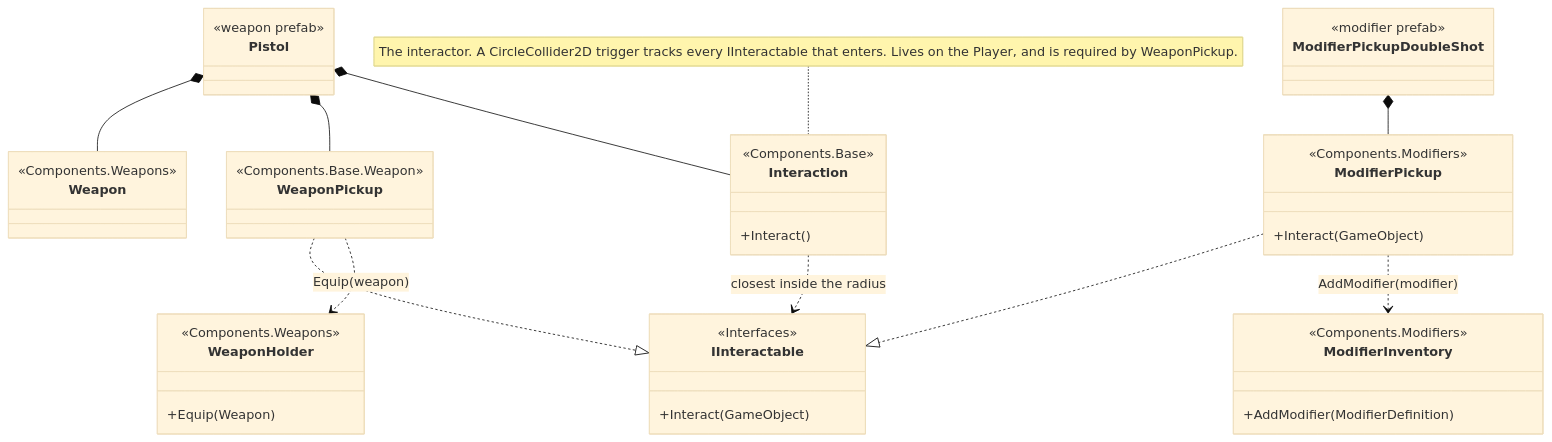
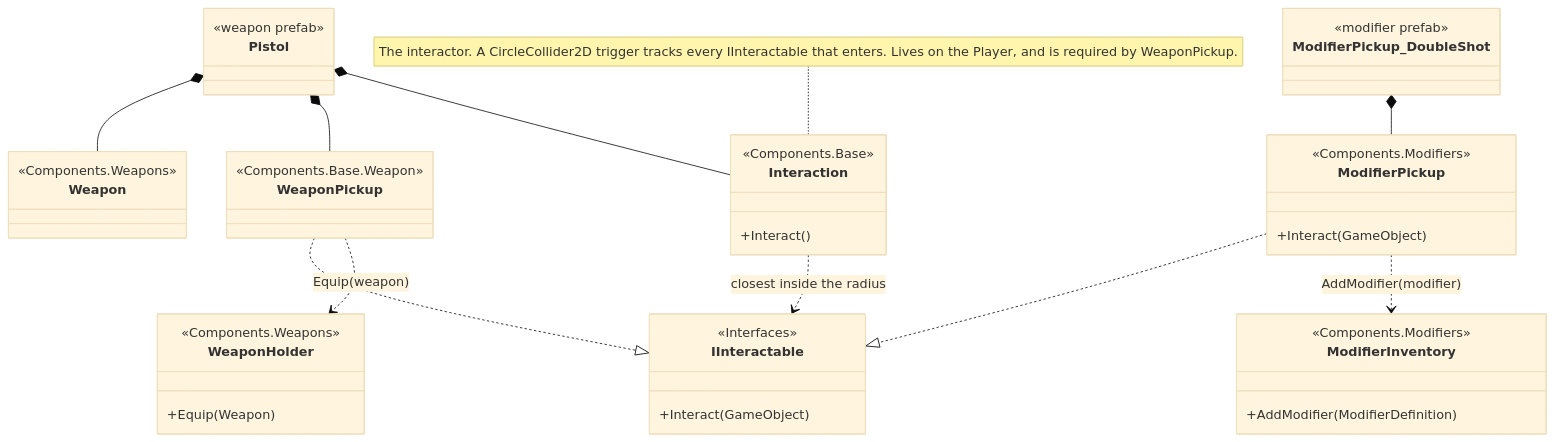
One commit to Zaba-cfg/Chamberlock changed the seventh of 9 diagrams in docs/ROOMS.md. Above: the diagram before and after it, drawn with Mermaid (base theme). The commit also changed other lines of this file and 12 other files, not shown here.

````diff
--- a/docs/ROOMS.md
+++ b/docs/ROOMS.md
@@ -712,53 +704,53 @@
 ```mermaid
 classDiagram
     direction TB
 
     class Pistol {
         <<weapon prefab>>
     }
-    class ModifierPickupDoubleShot {
+    class ModifierPickup_DoubleShot {
         <<modifier prefab>>
     }
 
     class Weapon {
         <<Components.Weapons>>
     }
     class WeaponPickup {
         <<Components.Base.Weapon>>
     }
     class Interaction {
         <<Components.Base>>
         +Interact()
     }
     class ModifierPickup {
         <<Components.Modifiers>>
         +Interact(GameObject)
     }
     class IInteractable {
         <<Interfaces>>
         +Interact(GameObject)
     }
     class WeaponHolder {
         <<Components.Weapons>>
         +Equip(Weapon)
     }
     class ModifierInventory {
         <<Components.Modifiers>>
         +AddModifier(ModifierDefinition)
     }
 
     Pistol *-- Weapon
     Pistol *-- WeaponPickup
     Pistol *-- Interaction
 
-    ModifierPickupDoubleShot *-- ModifierPickup
+    ModifierPickup_DoubleShot *-- ModifierPickup
 
     WeaponPickup ..|> IInteractable
     ModifierPickup ..|> IInteractable
 
     Interaction ..> IInteractable : closest inside the radius
     WeaponPickup ..> WeaponHolder : Equip(weapon)
     ModifierPickup ..> ModifierInventory : AddModifier(modifier)
 
     note for Interaction "The interactor. A CircleCollider2D trigger tracks every IInteractable that enters. Lives on the Player, and is required by WeaponPickup."
 ```
````
